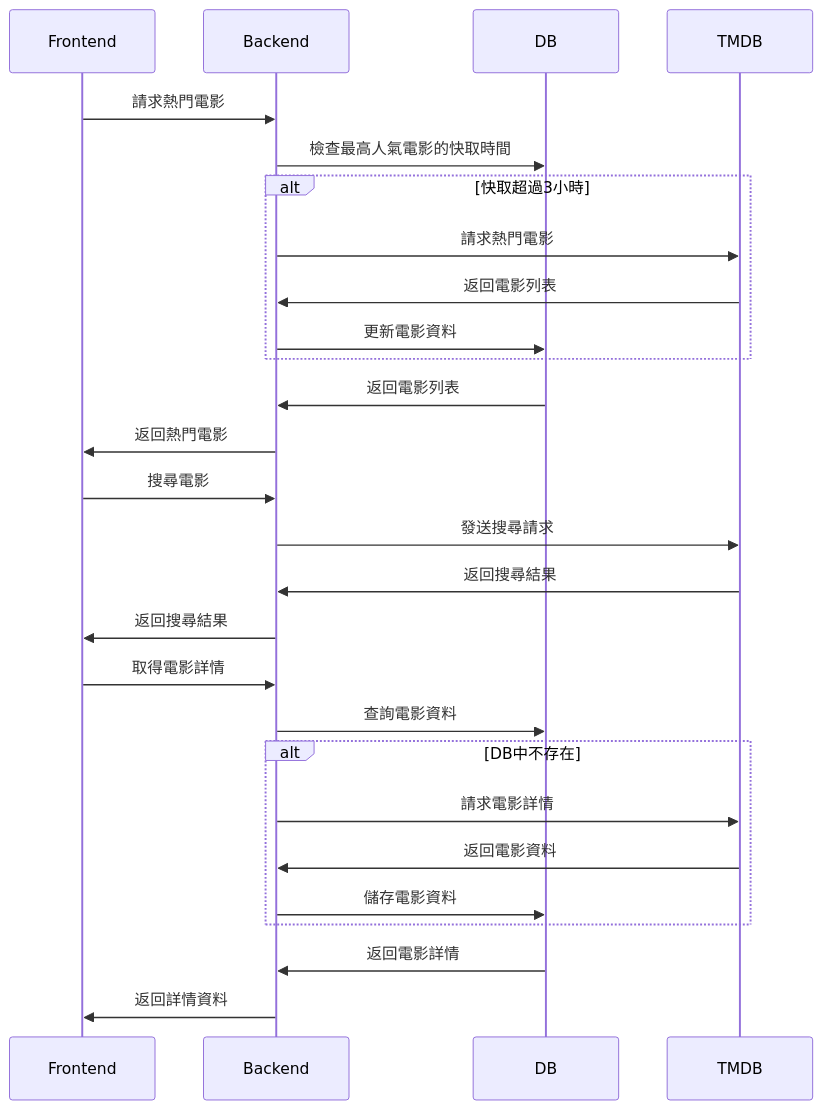
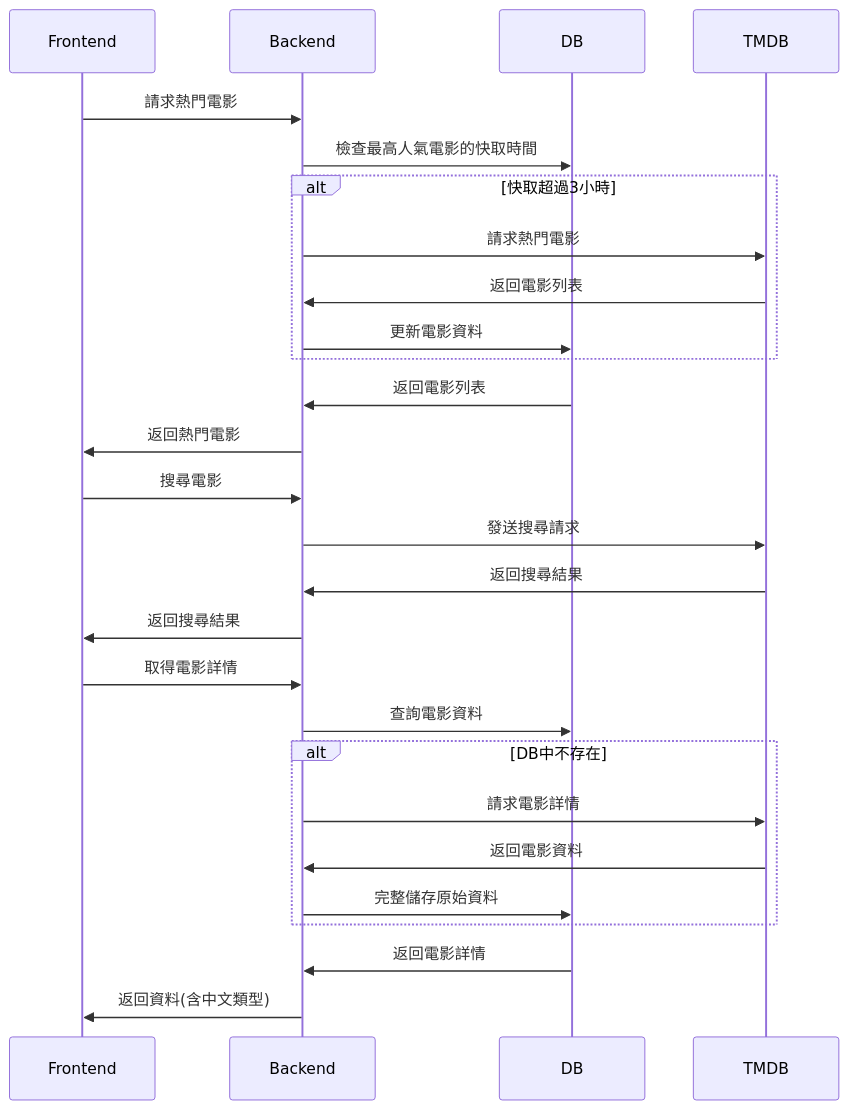
Before and after one commit to poordog777/movie-viewer: the third of 4 diagrams in Architecture.md, drawn with Mermaid. The commit also changed other lines of this file and 9 other files, not shown here.

````diff
--- a/Architecture.md
+++ b/Architecture.md
@@ -90,35 +131,35 @@
 ```mermaid
 sequenceDiagram
     participant Frontend
     participant Backend
     participant DB
     participant TMDB
 
     %% 熱門電影
     Frontend->>Backend: 請求熱門電影
     Backend->>DB: 檢查最高人氣電影的快取時間
     alt 快取超過3小時
         Backend->>TMDB: 請求熱門電影
         TMDB->>Backend: 返回電影列表
         Backend->>DB: 更新電影資料
     end
     DB->>Backend: 返回電影列表
     Backend->>Frontend: 返回熱門電影
 
     %% 搜尋電影
     Frontend->>Backend: 搜尋電影
     Backend->>TMDB: 發送搜尋請求
     TMDB->>Backend: 返回搜尋結果
     Backend->>Frontend: 返回搜尋結果
 
     %% 電影詳情
     Frontend->>Backend: 取得電影詳情
     Backend->>DB: 查詢電影資料
     alt DB中不存在
         Backend->>TMDB: 請求電影詳情
         TMDB->>Backend: 返回電影資料
-        Backend->>DB: 儲存電影資料
+        Backend->>DB: 完整儲存原始資料
     end
     DB->>Backend: 返回電影詳情
-    Backend->>Frontend: 返回詳情資料
+    Backend->>Frontend: 返回資料(含中文類型)
 ```
````
